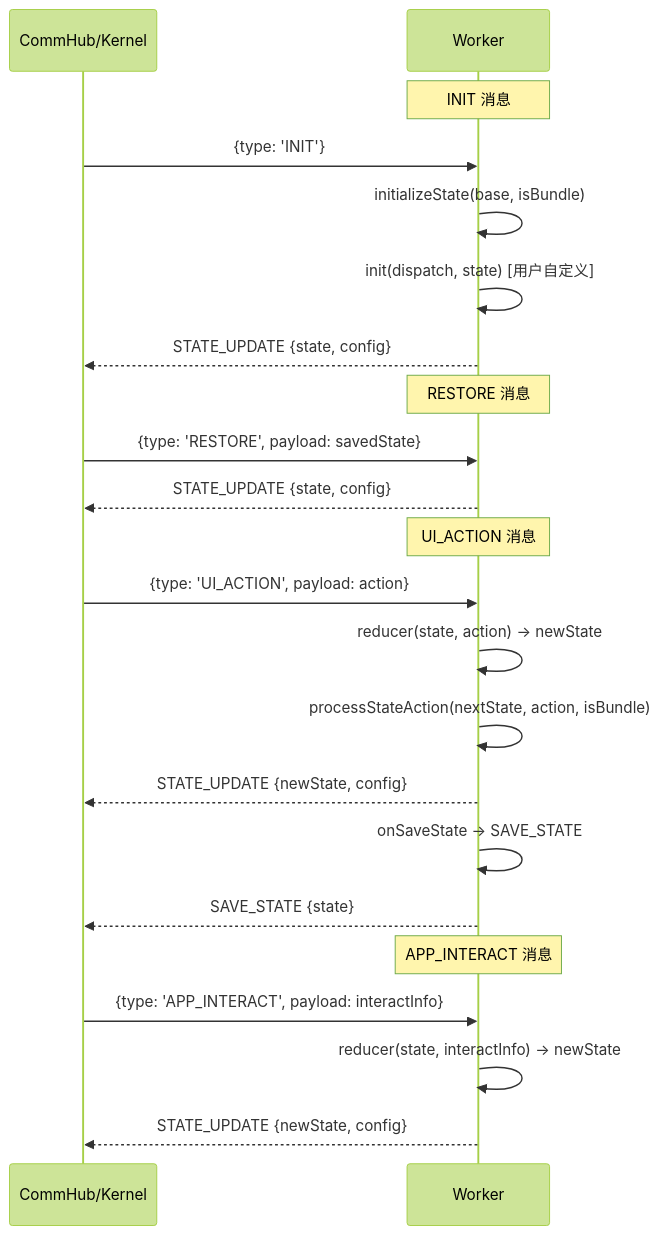
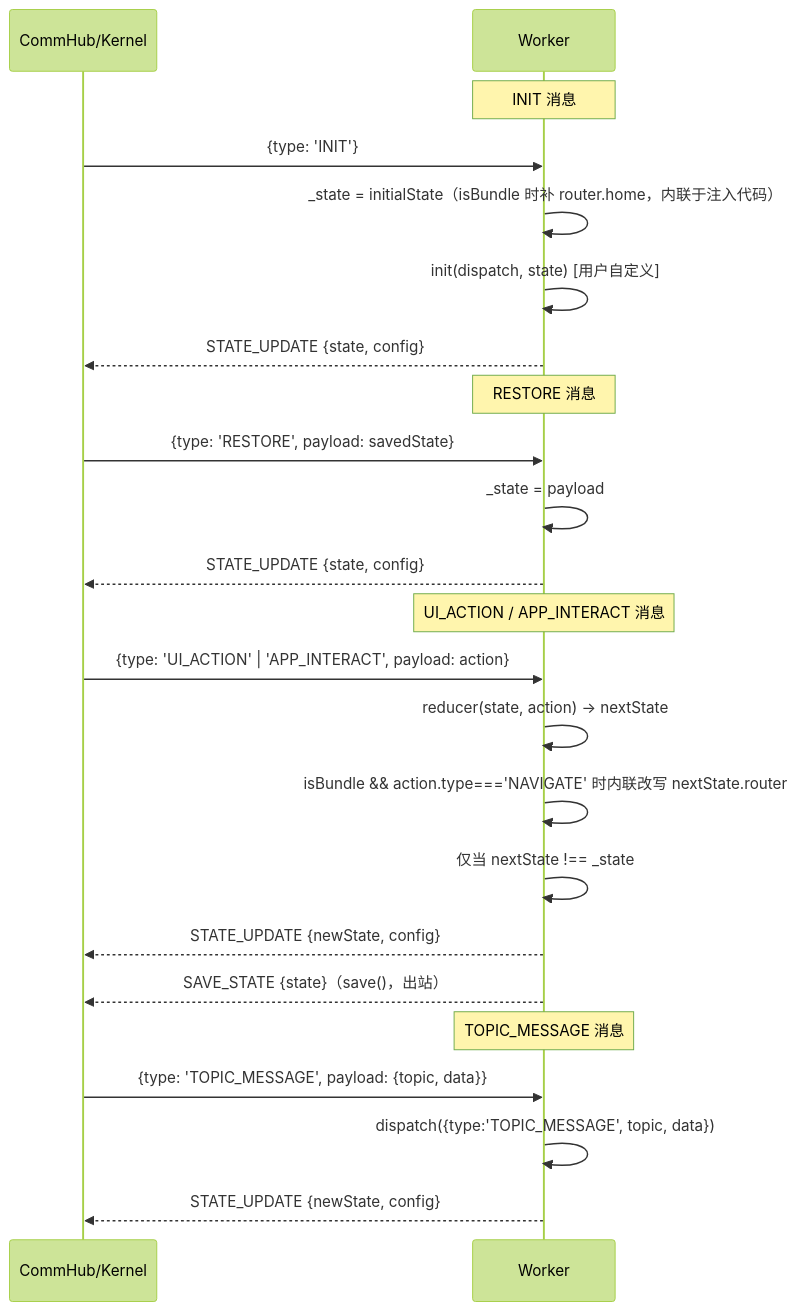
The eighth of 14 diagrams in docs/module/04-process-kernel.md (suluwanqing/sukinOS), drawn with Mermaid (forest theme) before and after one commit. The commit also changed other lines of this file and 70 other files, not shown here.

````diff
--- a/docs/module/04-process-kernel.md
+++ b/docs/module/04-process-kernel.md
@@ -732,28 +806,29 @@
 ```mermaid
 sequenceDiagram
     participant Kernel as CommHub/Kernel
     participant Worker
 
     Note over Worker: INIT 消息
     Kernel->>Worker: {type: 'INIT'}
-    Worker->>Worker: initializeState(base, isBundle)
+    Worker->>Worker: _state = initialState（isBundle 时补 router.home，内联于注入代码）
     Worker->>Worker: init(dispatch, state) [用户自定义]
     Worker-->>Kernel: STATE_UPDATE {state, config}
 
     Note over Worker: RESTORE 消息
     Kernel->>Worker: {type: 'RESTORE', payload: savedState}
+    Worker->>Worker: _state = payload
     Worker-->>Kernel: STATE_UPDATE {state, config}
 
-    Note over Worker: UI_ACTION 消息
-    Kernel->>Worker: {type: 'UI_ACTION', payload: action}
-    Worker->>Worker: reducer(state, action) -> newState
-    Worker->>Worker: processStateAction(nextState, action, isBundle)
+    Note over Worker: UI_ACTION / APP_INTERACT 消息
+    Kernel->>Worker: {type: 'UI_ACTION' | 'APP_INTERACT', payload: action}
+    Worker->>Worker: reducer(state, action) -> nextState
+    Worker->>Worker: isBundle && action.type==='NAVIGATE' 时内联改写 nextState.router
+    Worker->>Worker: 仅当 nextState !== _state
     Worker-->>Kernel: STATE_UPDATE {newState, config}
-    Worker->>Worker: onSaveState -> SAVE_STATE
-    Worker-->>Kernel: SAVE_STATE {state}
+    Worker-->>Kernel: SAVE_STATE {state}（save()，出站）
 
-    Note over Worker: APP_INTERACT 消息
-    Kernel->>Worker: {type: 'APP_INTERACT', payload: interactInfo}
-    Worker->>Worker: reducer(state, interactInfo) -> newState
+    Note over Worker: TOPIC_MESSAGE 消息
+    Kernel->>Worker: {type: 'TOPIC_MESSAGE', payload: {topic, data}}
+    Worker->>Worker: dispatch({type:'TOPIC_MESSAGE', topic, data})
     Worker-->>Kernel: STATE_UPDATE {newState, config}
 ```
````
